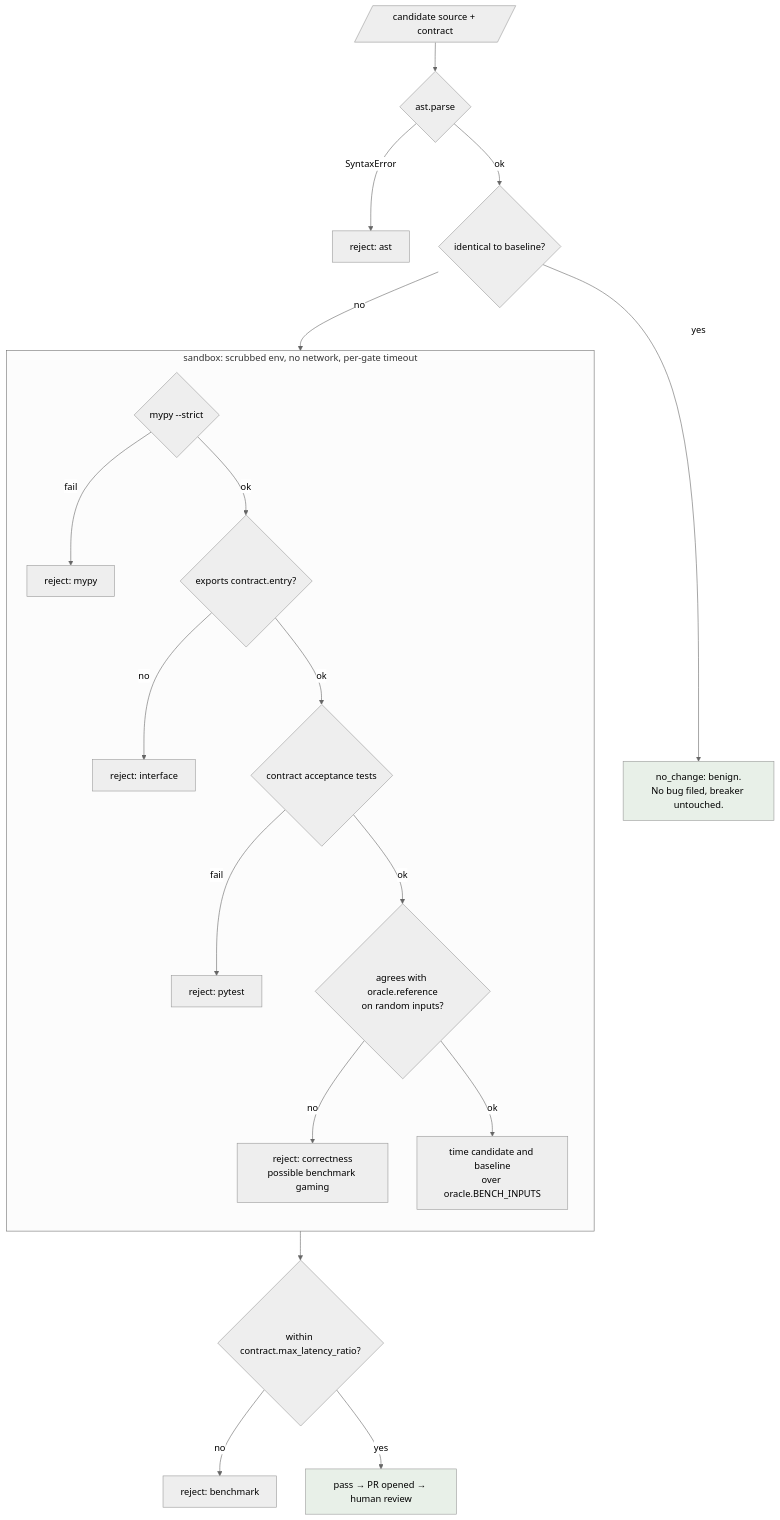
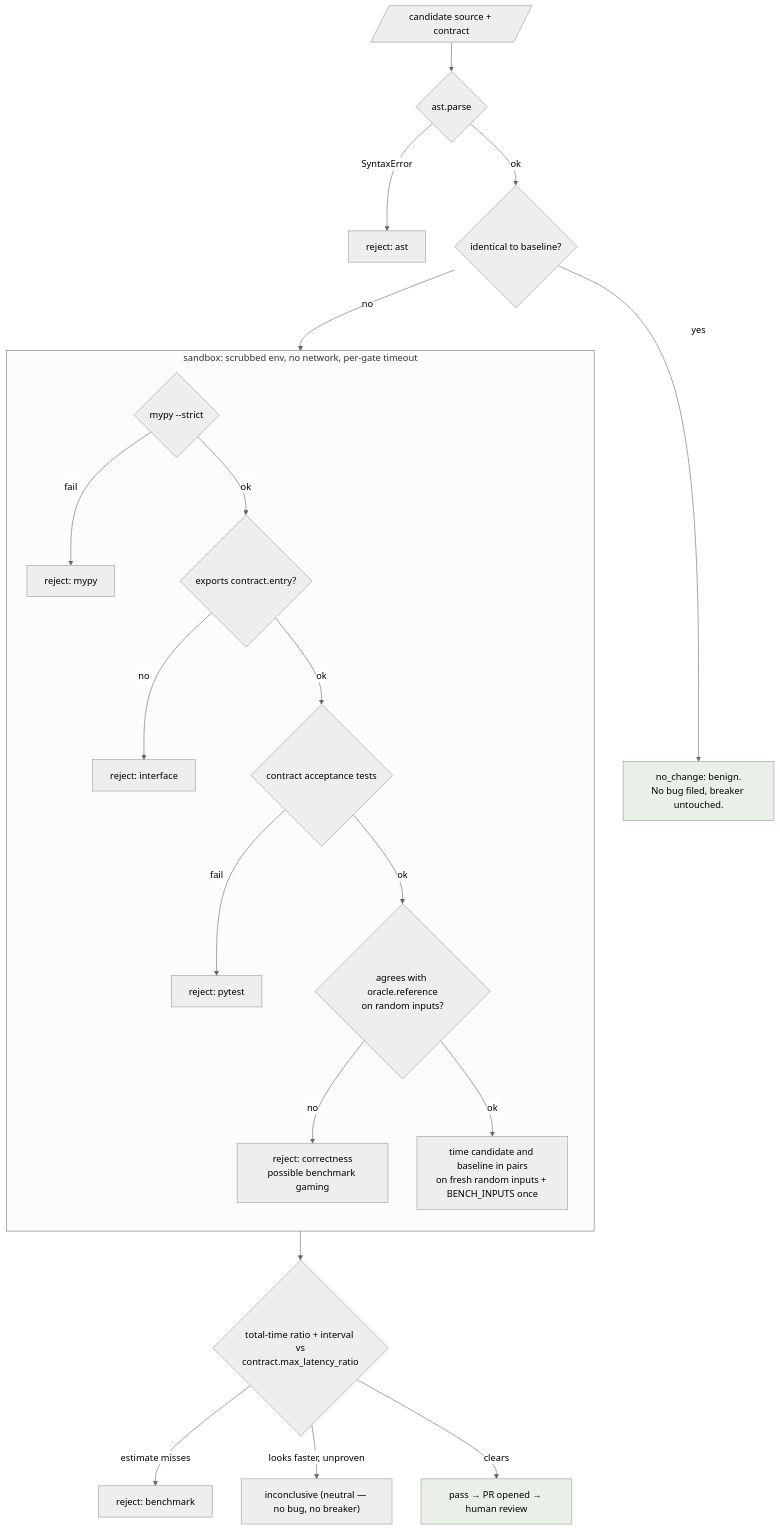
One commit to ozumpe/omnibase changed the fourth of 6 diagrams in docs/DIAGRAMS.md. Above: the diagram before and after it, drawn with Mermaid (neutral theme). The commit also changed 20 other files, not shown here.

First line of the commit message:
OMNI-41: benchmark gate decides on total cost over paired fresh inputs (#108)

````diff
--- a/docs/DIAGRAMS.md
+++ b/docs/DIAGRAMS.md
@@ -264,27 +264,28 @@
 ```mermaid
 flowchart TD
     A[/"candidate source + contract"/] --> B{"ast.parse"}
     B -- "SyntaxError" --> RJ["reject: ast"]
     B -- ok --> C{"identical to baseline?"}
     C -- "yes" --> NC["no_change: benign.<br/>No bug filed, breaker untouched."]
     C -- "no" --> S
 
     subgraph S["sandbox: scrubbed env, no network, per-gate timeout"]
         direction TB
         D{"mypy --strict"} -- "fail" --> RJ2["reject: mypy"]
         D -- ok --> E{"exports contract.entry?"}
         E -- "no" --> RJ3["reject: interface"]
         E -- ok --> F{"contract acceptance tests"}
         F -- "fail" --> RJ4["reject: pytest"]
         F -- ok --> G{"agrees with oracle.reference<br/>on random inputs?"}
         G -- "no" --> RJ5["reject: correctness<br/>possible benchmark gaming"]
-        G -- ok --> H["time candidate and baseline<br/>over oracle.BENCH_INPUTS"]
+        G -- ok --> H["time candidate and baseline in pairs<br/>on fresh random inputs + BENCH_INPUTS once"]
     end
 
-    H --> I{"within contract.max_latency_ratio?"}
-    I -- "no" --> RJ6["reject: benchmark"]
-    I -- "yes" --> P["pass → PR opened → human review"]
+    H --> I{"total-time ratio + interval vs<br/>contract.max_latency_ratio"}
+    I -- "estimate misses" --> RJ6["reject: benchmark"]
+    I -- "looks faster, unproven" --> NI["inconclusive (neutral — no bug, no breaker)"]
+    I -- "clears" --> P["pass → PR opened → human review"]
 
     style NC fill:#e8f0e8
     style P fill:#e8f0e8
 ```
````
